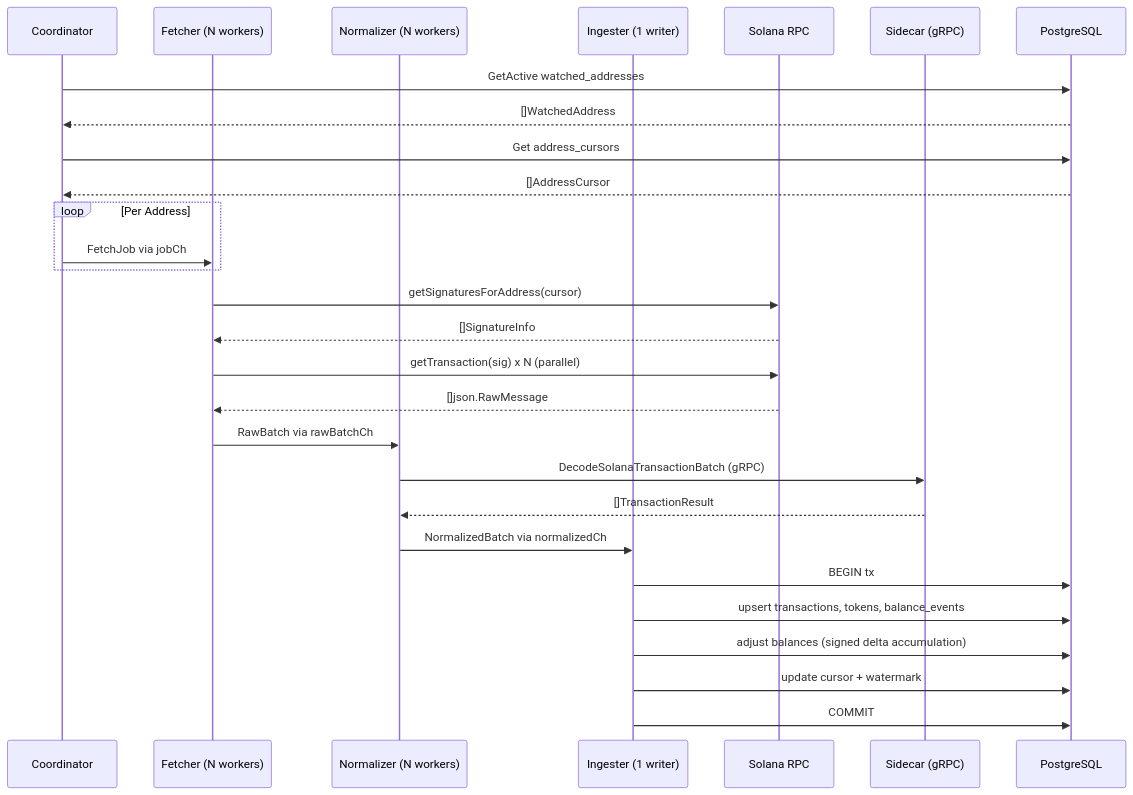
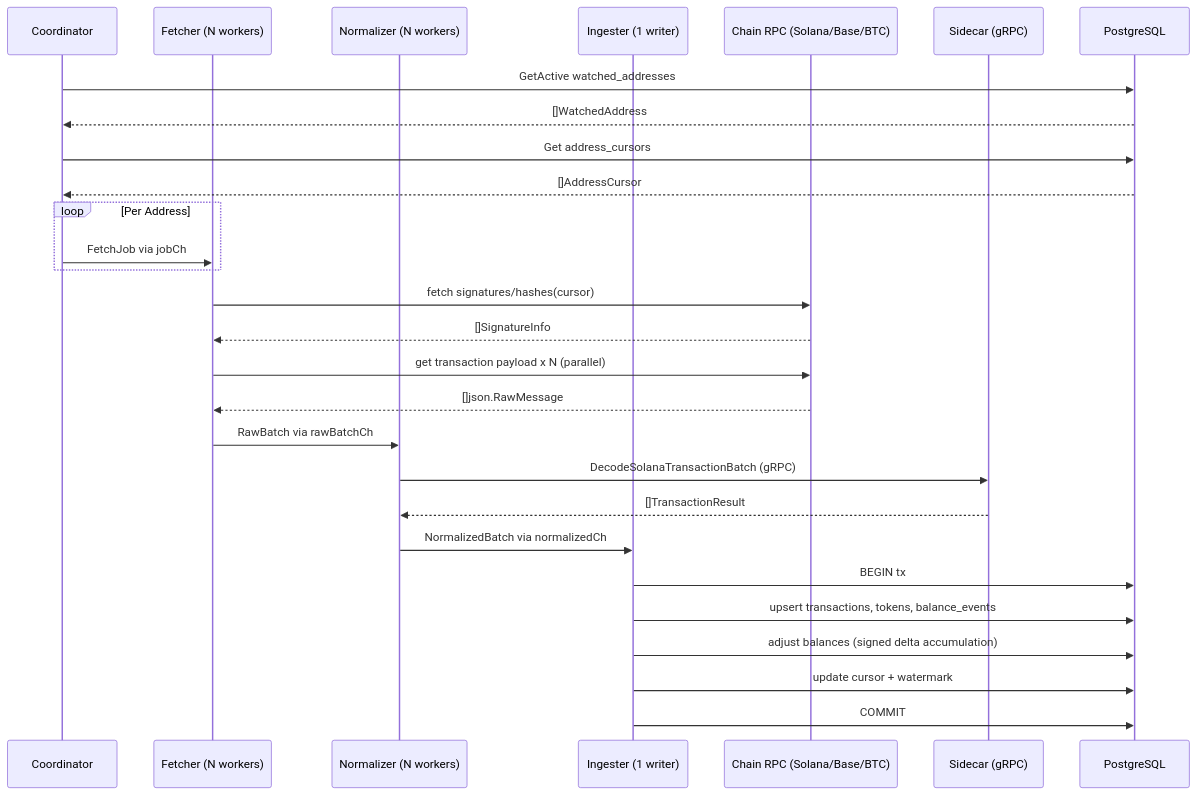
The second of 5 diagrams in README.md (emperorhan/multichain-indexer), drawn with Mermaid before and after one commit. The commit also changed other lines of this file and 3 other files, not shown here.

Commit message:
docs: refresh multichain architecture and runtime operations docs

````diff
--- a/README.md
+++ b/README.md
@@ -55,35 +65,35 @@
 ```mermaid
 sequenceDiagram
     participant C as Coordinator
     participant F as Fetcher (N workers)
     participant N as Normalizer (N workers)
     participant I as Ingester (1 writer)
-    participant RPC as Solana RPC
+    participant RPC as Chain RPC (Solana/Base/BTC)
     participant SC as Sidecar (gRPC)
     participant DB as PostgreSQL
 
     C->>DB: GetActive watched_addresses
     DB-->>C: []WatchedAddress
     C->>DB: Get address_cursors
     DB-->>C: []AddressCursor
 
     loop Per Address
         C->>F: FetchJob via jobCh
     end
 
-    F->>RPC: getSignaturesForAddress(cursor)
+    F->>RPC: fetch signatures/hashes(cursor)
     RPC-->>F: []SignatureInfo
-    F->>RPC: getTransaction(sig) x N (parallel)
+    F->>RPC: get transaction payload x N (parallel)
     RPC-->>F: []json.RawMessage
     F->>N: RawBatch via rawBatchCh
 
     N->>SC: DecodeSolanaTransactionBatch (gRPC)
     SC-->>N: []TransactionResult
     N->>I: NormalizedBatch via normalizedCh
 
     I->>DB: BEGIN tx
     I->>DB: upsert transactions, tokens, balance_events
     I->>DB: adjust balances (signed delta accumulation)
     I->>DB: update cursor + watermark
     I->>DB: COMMIT
 ```
````
